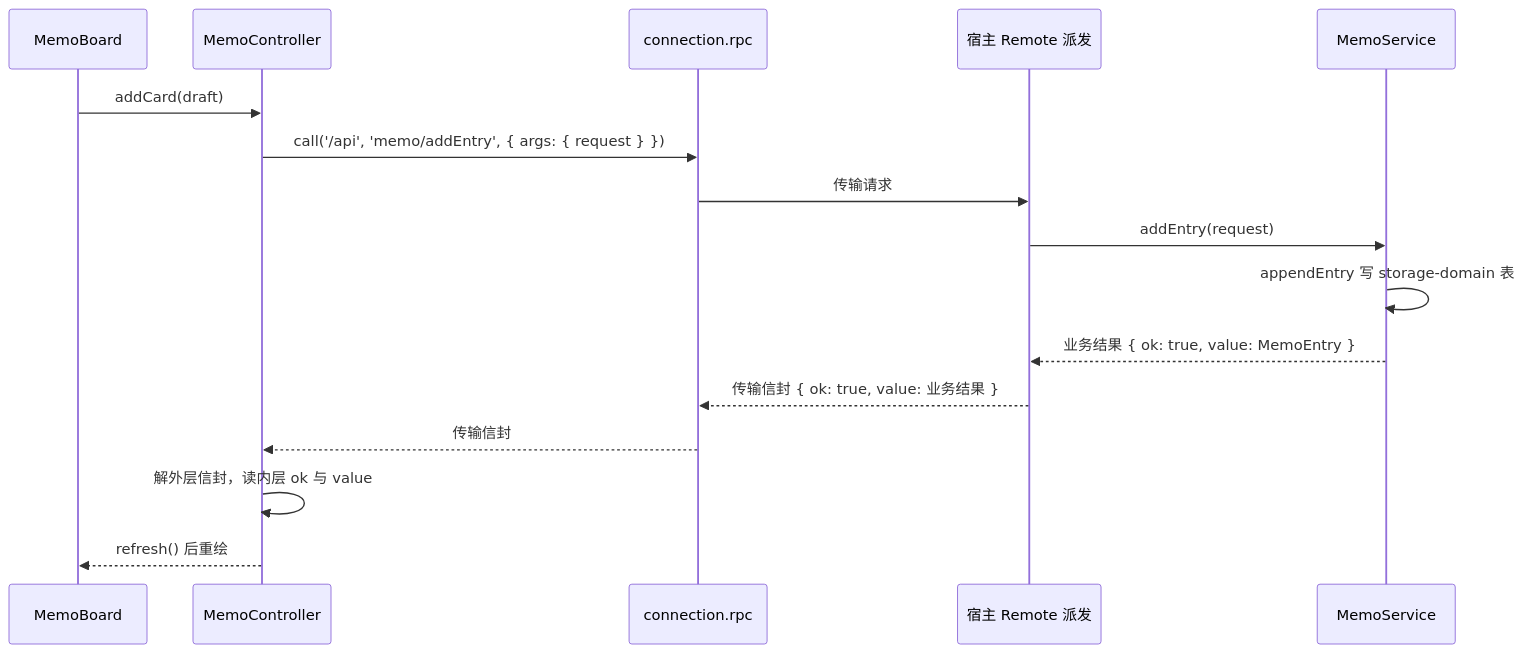
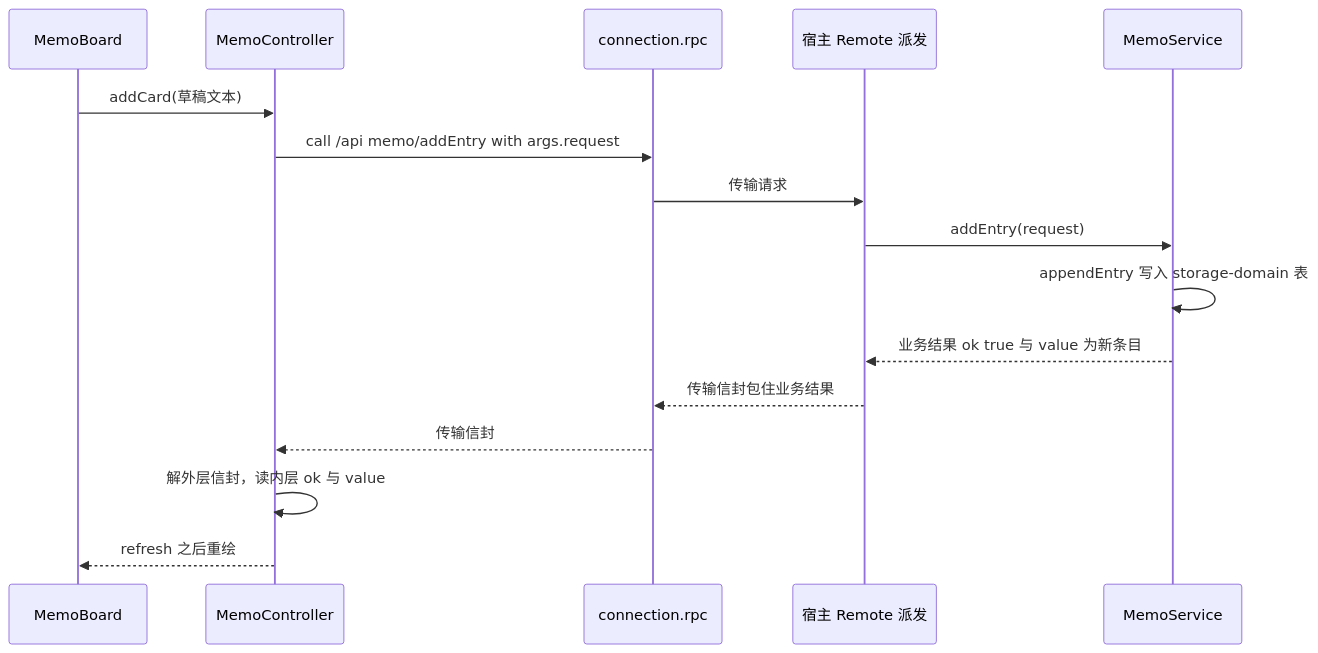
One commit to zhangj1164/dsh-mega-plugins changed the first of 3 diagrams in openwiki/architecture/host-client-remote-contract.md. Above: the diagram before and after it, drawn with Mermaid. The commit also changed other lines of this file and 62 other files, not shown here.

````diff
--- a/openwiki/architecture/host-client-remote-contract.md
+++ b/openwiki/architecture/host-client-remote-contract.md
@@ -94,18 +182,18 @@
 ```mermaid
 sequenceDiagram
   participant Board as MemoBoard
   participant Ctl as MemoController
   participant Rpc as connection.rpc
   participant Host as 宿主 Remote 派发
   participant Svc as MemoService
-  Board->>Ctl: addCard(draft)
-  Ctl->>Rpc: call('/api', 'memo/addEntry', { args: { request } })
+  Board->>Ctl: addCard(草稿文本)
+  Ctl->>Rpc: call /api memo/addEntry with args.request
   Rpc->>Host: 传输请求
   Host->>Svc: addEntry(request)
-  Svc->>Svc: appendEntry 写 storage-domain 表
-  Svc-->>Host: 业务结果 { ok: true, value: MemoEntry }
-  Host-->>Rpc: 传输信封 { ok: true, value: 业务结果 }
+  Svc->>Svc: appendEntry 写入 storage-domain 表
+  Svc-->>Host: 业务结果 ok true 与 value 为新条目
+  Host-->>Rpc: 传输信封包住业务结果
   Rpc-->>Ctl: 传输信封
   Ctl->>Ctl: 解外层信封，读内层 ok 与 value
-  Ctl-->>Board: refresh() 后重绘
+  Ctl-->>Board: refresh 之后重绘
 ```
````
